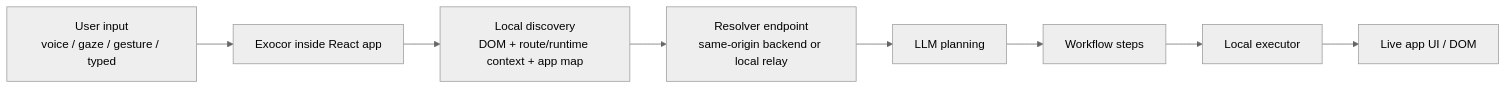
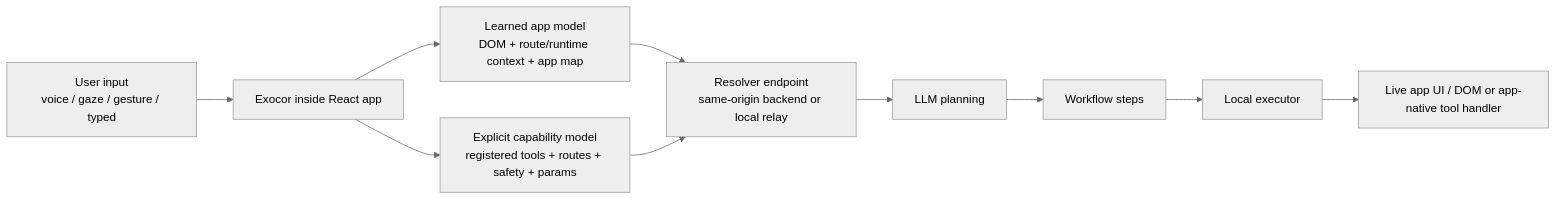
The diagram in README.md (haelo-labs/exocor), drawn with Mermaid (neutral theme) before and after one commit. The commit also changed other lines of this file and 11 other files, not shown here.

Commit message:
Add explicit tools capability map

````diff
--- a/README.md
+++ b/README.md
@@ -75,10 +81,12 @@
 ```mermaid
 flowchart LR
   U["User input<br/>voice / gaze / gesture / typed"] --> X["Exocor inside React app"]
-  X --> D["Local discovery<br/>DOM + route/runtime context + app map"]
+  X --> D["Learned app model<br/>DOM + route/runtime context + app map"]
+  X --> T["Explicit capability model<br/>registered tools + routes + safety + params"]
   D --> R["Resolver endpoint<br/>same-origin backend or local relay"]
+  T --> R
   R --> L["LLM planning"]
   L --> P["Workflow steps"]
   P --> E["Local executor"]
-  E --> A["Live app UI / DOM"]
+  E --> A["Live app UI / DOM or app-native tool handler"]
 ```
````
